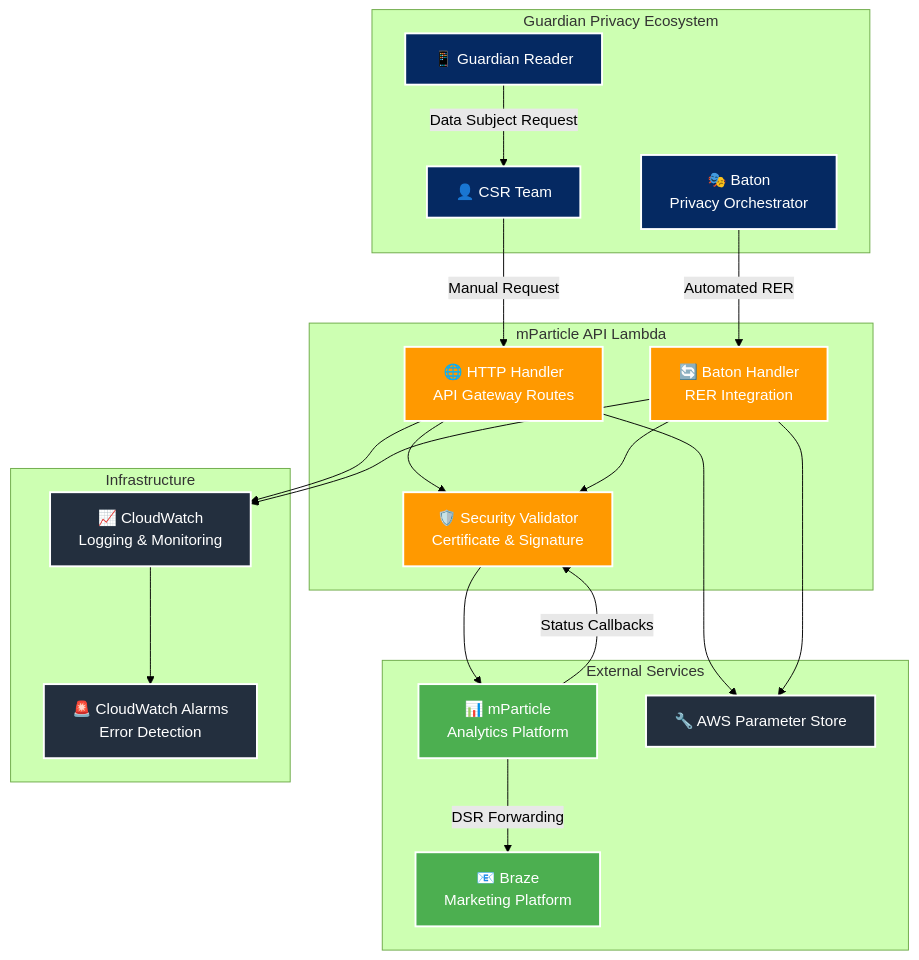
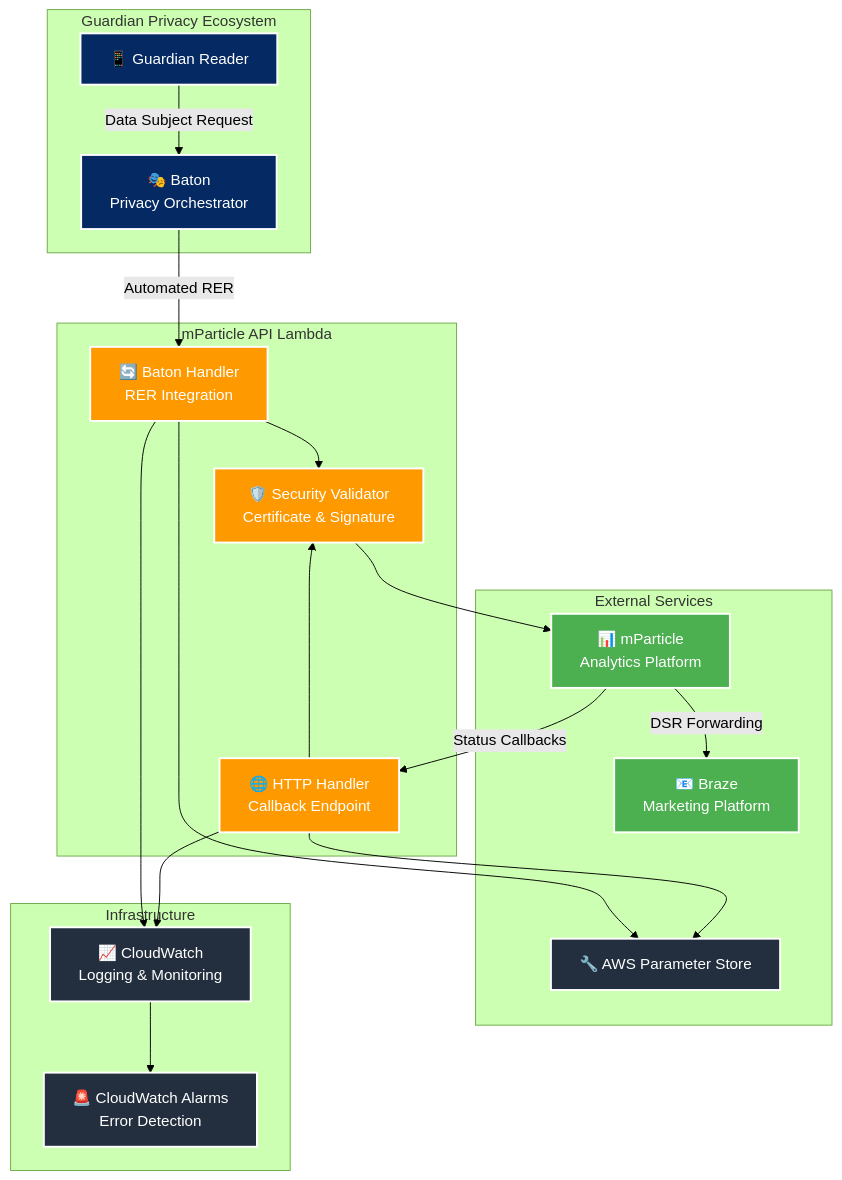
One commit to guardian/support-service-lambdas changed the first of 2 diagrams in handlers/mparticle-api/docs/architecture.md. Above: the diagram before and after it, drawn with Mermaid (forest theme). The commit also changed other lines of this file and 6 other files, not shown here.

````diff
--- a/handlers/mparticle-api/docs/architecture.md
+++ b/handlers/mparticle-api/docs/architecture.md
@@ -5,58 +5,56 @@
 ```mermaid
 graph TB
     subgraph "Guardian Privacy Ecosystem"
         BATON[🎭 Baton<br/>Privacy Orchestrator]
-        CSR[👤 CSR Team]
         READER[📱 Guardian Reader]
     end
     
     subgraph "mParticle API Lambda"
-        HTTP[🌐 HTTP Handler<br/>API Gateway Routes]
+        HTTP[🌐 HTTP Handler<br/>Callback Endpoint]
         BATON_H[🔄 Baton Handler<br/>RER Integration]
         VALIDATOR[🛡️ Security Validator<br/>Certificate & Signature]
     end
     
     subgraph "External Services"
         MPARTICLE[📊 mParticle<br/>Analytics Platform]
         BRAZE[📧 Braze<br/>Marketing Platform]
         PARAMS[🔧 AWS Parameter Store]
     end
     
     subgraph "Infrastructure"
         CW[📈 CloudWatch<br/>Logging & Monitoring]
         ALARMS[🚨 CloudWatch Alarms<br/>Error Detection]
     end
 
     %% Request Flows
-    READER -->|Data Subject Request| CSR
-    CSR -->|Manual Request| HTTP
+    READER -->|Data Subject Request| BATON
     BATON -->|Automated RER| BATON_H
     
     %% Processing
-    HTTP --> VALIDATOR
     BATON_H --> VALIDATOR
     VALIDATOR --> MPARTICLE
     
     %% Data Flow
-    MPARTICLE -->|Status Callbacks| VALIDATOR
+    MPARTICLE -->|Status Callbacks| HTTP
+    HTTP --> VALIDATOR
     MPARTICLE -->|DSR Forwarding| BRAZE
     
     %% Configuration
     HTTP --> PARAMS
     BATON_H --> PARAMS
     
     %% Monitoring
     HTTP --> CW
     BATON_H --> CW
     CW --> ALARMS
 
     classDef guardian fill:#052962,stroke:#ffffff,stroke-width:2px,color:#ffffff
     classDef lambda fill:#ff9900,stroke:#ffffff,stroke-width:2px,color:#ffffff
     classDef external fill:#4CAF50,stroke:#ffffff,stroke-width:2px,color:#ffffff
     classDef aws fill:#232F3E,stroke:#ffffff,stroke-width:2px,color:#ffffff
     
-    class BATON,CSR,READER guardian
+    class BATON,READER guardian
     class HTTP,BATON_H,VALIDATOR lambda
     class MPARTICLE,BRAZE external
     class PARAMS,CW,ALARMS aws
 ```
````
